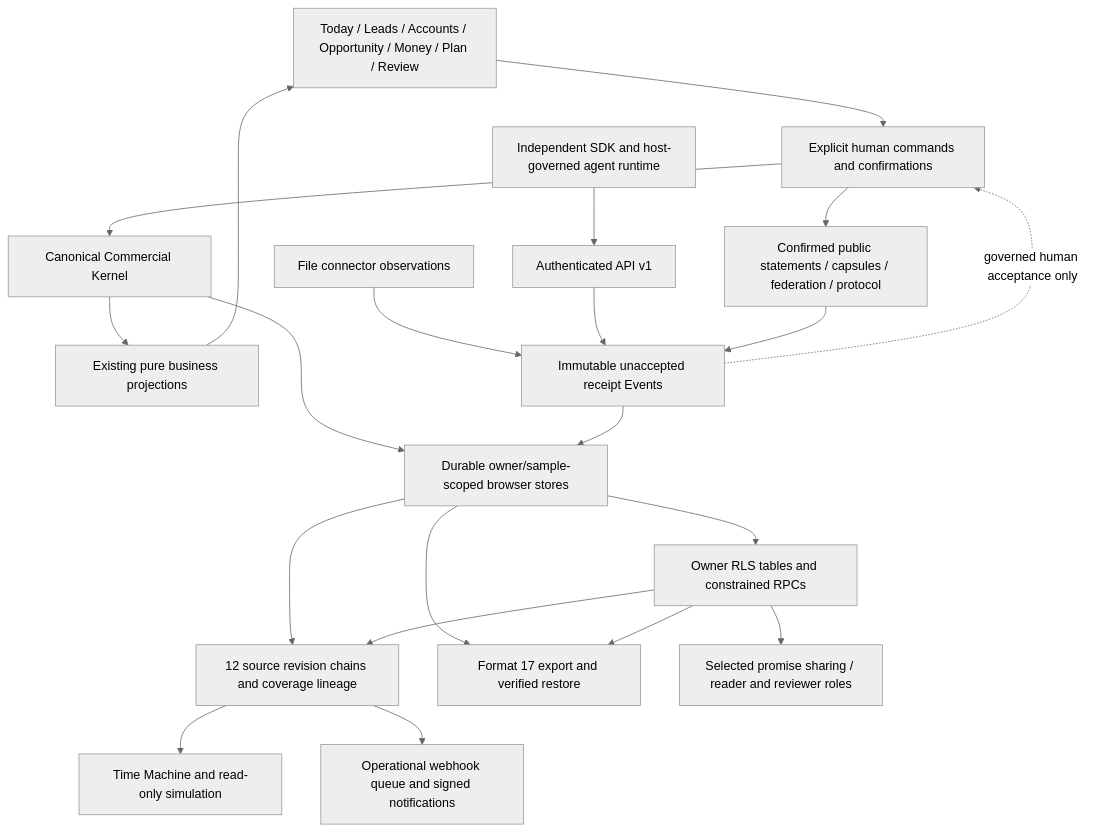
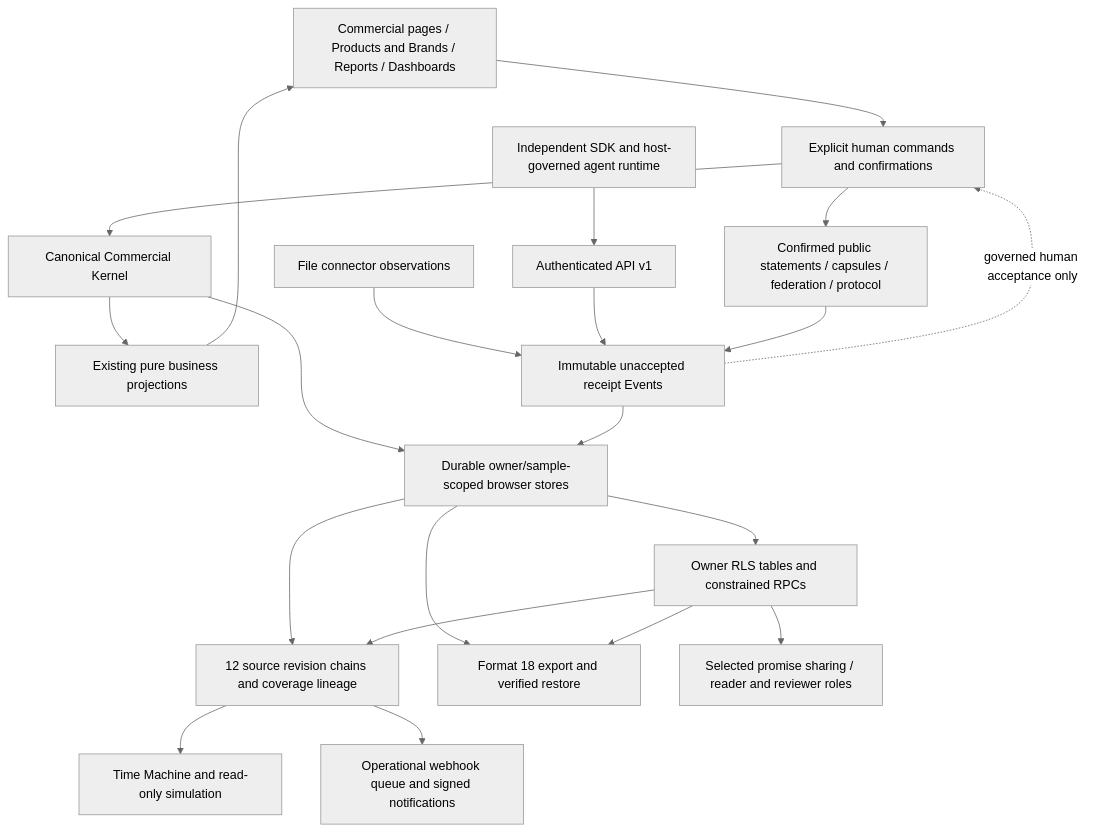
One commit to enexiaplatform/memoire changed the diagram in docs/architecture/memoire-final-system-map.md. Above: the diagram before and after it, drawn with Mermaid (neutral theme). The commit also changed other lines of this file and 75 other files, not shown here.

Commit message:
feat: release standalone product reports and dashboards after audit

````diff
--- a/docs/architecture/memoire-final-system-map.md
+++ b/docs/architecture/memoire-final-system-map.md
@@ -9,37 +11,37 @@
 ```mermaid
 flowchart TD
-  UI[Today / Leads / Accounts / Opportunity / Money / Plan / Review]
+  UI[Commercial pages / Products and Brands / Reports / Dashboards]
   Human[Explicit human commands and confirmations]
   Kernel[Canonical Commercial Kernel]
   Local[Durable owner/sample-scoped browser stores]
   Cloud[Owner RLS tables and constrained RPCs]
   Revs[12 source revision chains and coverage lineage]
   Views[Existing pure business projections]
   TM[Time Machine and read-only simulation]
-  Backup[Format 17 export and verified restore]
+  Backup[Format 18 export and verified restore]
   Sources[File connector observations]
   Receipts[Immutable unaccepted receipt Events]
   API[Authenticated API v1]
   SDK[Independent SDK and host-governed agent runtime]
   Team[Selected promise sharing / reader and reviewer roles]
   Public[Confirmed public statements / capsules / federation / protocol]
   Webhook[Operational webhook queue and signed notifications]
   UI --> Human --> Kernel
   Kernel --> Local
   Local --> Cloud
   Local --> Revs
   Cloud --> Revs
   Kernel --> Views --> UI
   Revs --> TM
   Local --> Backup
   Cloud --> Backup
   Sources --> Receipts
   API --> Receipts
   SDK --> API
   Receipts --> Local
   Receipts -. governed human acceptance only .-> Human
   Cloud --> Team
   Human --> Public
   Public --> Receipts
   Revs --> Webhook
 ```
````
